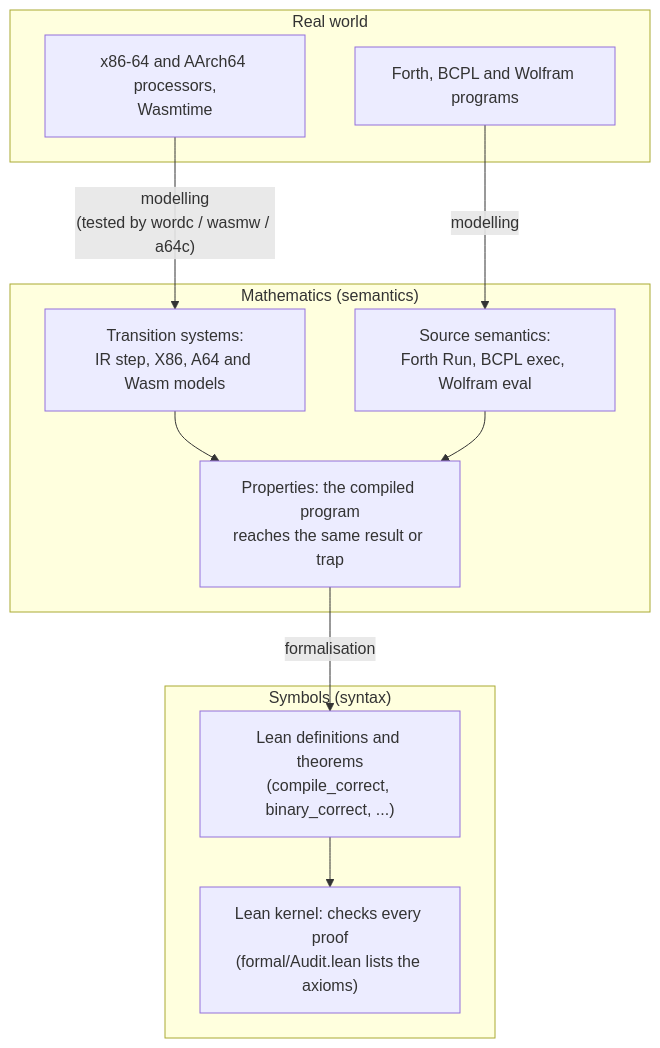
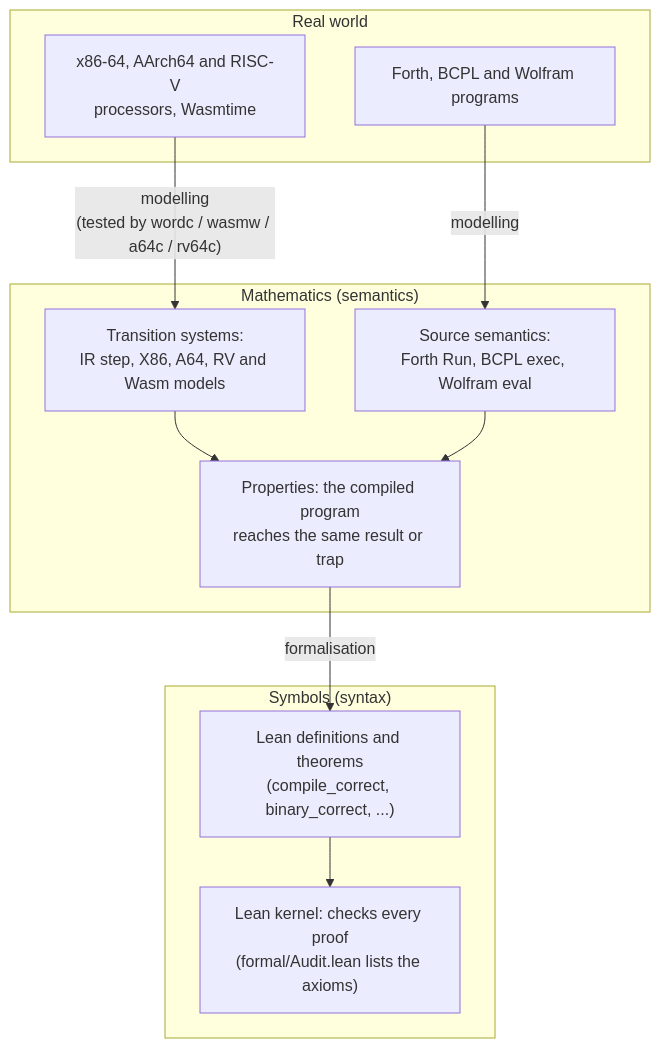
Before and after one commit to SNAPKITTYAGENT9NOVA/ai-free: the second of 17 diagrams in docs/README.md, drawn with Mermaid. The commit also changed other lines of this file and 27 other files, not shown here.

````diff
--- a/docs/README.md
+++ b/docs/README.md
@@ -74,22 +78,22 @@
 ```mermaid
 flowchart TB
   subgraph Real["Real world"]
-    R1["x86-64 and AArch64 processors,<br/>Wasmtime"]
+    R1["x86-64, AArch64 and RISC-V<br/>processors, Wasmtime"]
     R2["Forth, BCPL and Wolfram programs"]
   end
   subgraph Math["Mathematics (semantics)"]
-    M1["Transition systems:<br/>IR step, X86, A64 and Wasm models"]
+    M1["Transition systems:<br/>IR step, X86, A64, RV and Wasm models"]
     M2["Source semantics:<br/>Forth Run, BCPL exec, Wolfram eval"]
     M3["Properties: the compiled program<br/>reaches the same result or trap"]
   end
   subgraph Sym["Symbols (syntax)"]
     S1["Lean definitions and theorems<br/>(compile_correct, binary_correct, ...)"]
     S2["Lean kernel: checks every proof<br/>(formal/Audit.lean lists the axioms)"]
   end
-  R1 -->|"modelling<br/>(tested by wordc / wasmw / a64c)"| M1
+  R1 -->|"modelling<br/>(tested by wordc / wasmw / a64c / rv64c)"| M1
   R2 -->|"modelling"| M2
   M1 --> M3
   M2 --> M3
   M3 -->|"formalisation"| S1
   S1 --> S2
 ```
````
